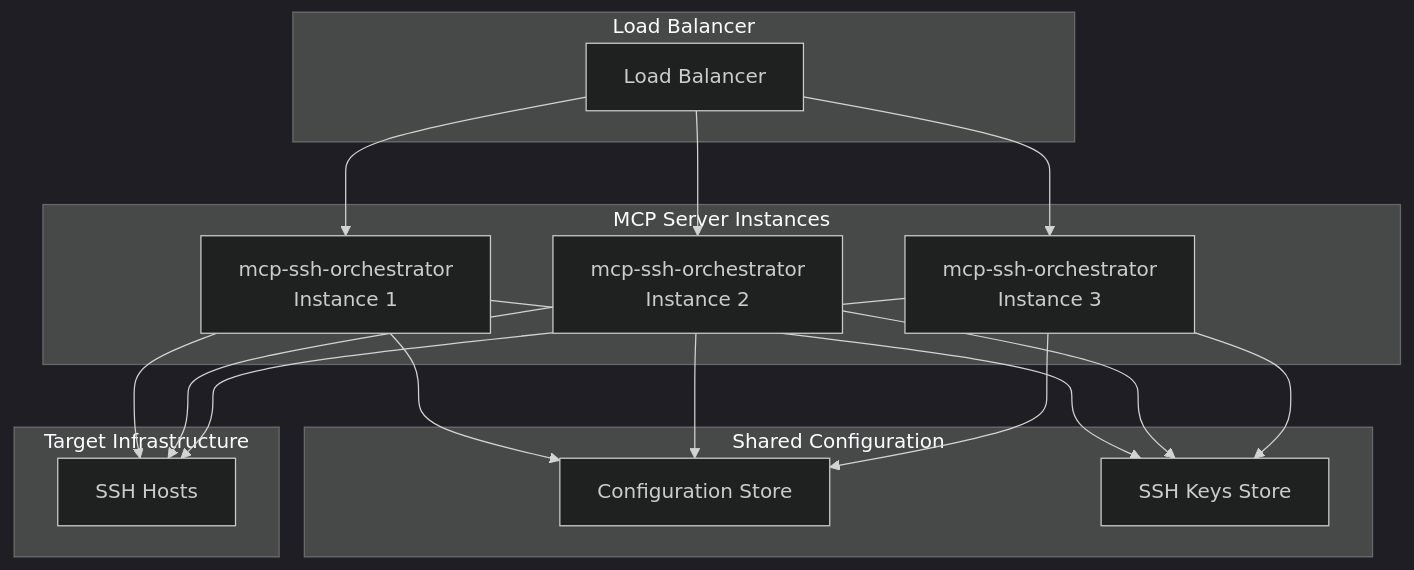
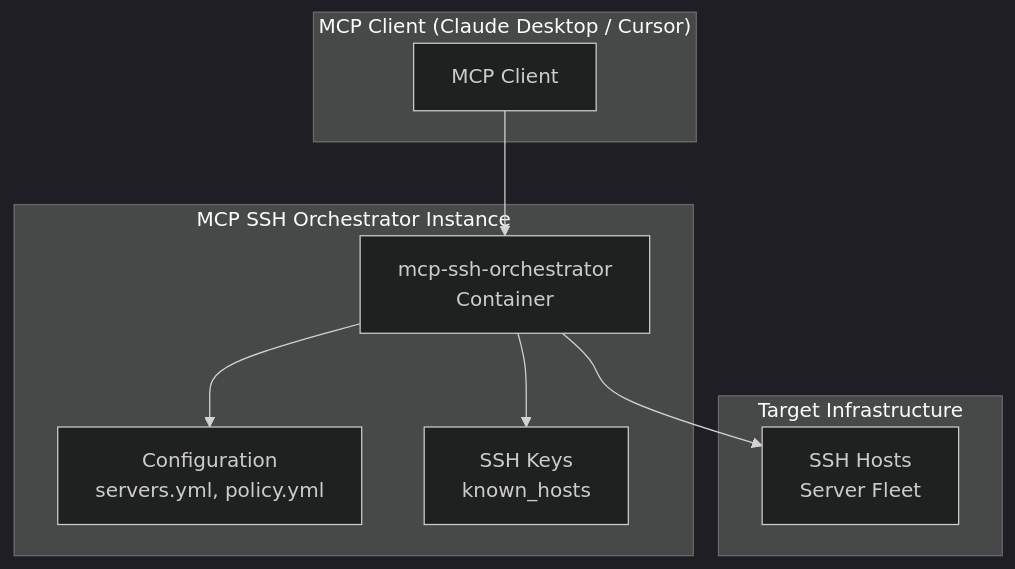
The eighth of 11 diagrams in docs/wiki/04-Architecture.md (CodeBotD/mcp-ssh-orchestrator-test), drawn with Mermaid (dark theme) before and after one commit. The commit also changed other lines of this file and 4 other files, not shown here.

````diff
--- a/docs/wiki/04-Architecture.md
+++ b/docs/wiki/04-Architecture.md
@@ -367,37 +369,21 @@
 ```mermaid
 graph TB
-    subgraph "Load Balancer"
-        LB[Load Balancer]
+    subgraph "MCP Client (Claude Desktop / Cursor)"
+        CLIENT[MCP Client]
     end
     
-    subgraph "MCP Server Instances"
-        INSTANCE1[mcp-ssh-orchestrator<br/>Instance 1]
-        INSTANCE2[mcp-ssh-orchestrator<br/>Instance 2]
-        INSTANCE3[mcp-ssh-orchestrator<br/>Instance 3]
-    end
-    
-    subgraph "Shared Configuration"
-        CONFIG_STORE[Configuration Store]
-        KEY_STORE[SSH Keys Store]
+    subgraph "MCP SSH Orchestrator Instance"
+        INSTANCE[mcp-ssh-orchestrator<br/>Container]
+        CONFIG[Configuration<br/>servers.yml, policy.yml]
+        KEYS[SSH Keys<br/>known_hosts]
     end
     
     subgraph "Target Infrastructure"
-        HOSTS[SSH Hosts]
+        HOSTS[SSH Hosts<br/>Server Fleet]
     end
     
-    LB --> INSTANCE1
-    LB --> INSTANCE2
-    LB --> INSTANCE3
-    
-    INSTANCE1 --> CONFIG_STORE
-    INSTANCE2 --> CONFIG_STORE
-    INSTANCE3 --> CONFIG_STORE
-    
-    INSTANCE1 --> KEY_STORE
-    INSTANCE2 --> KEY_STORE
-    INSTANCE3 --> KEY_STORE
-    
-    INSTANCE1 --> HOSTS
-    INSTANCE2 --> HOSTS
-    INSTANCE3 --> HOSTS
+    CLIENT --> INSTANCE
+    INSTANCE --> CONFIG
+    INSTANCE --> KEYS
+    INSTANCE --> HOSTS
 ```
````
